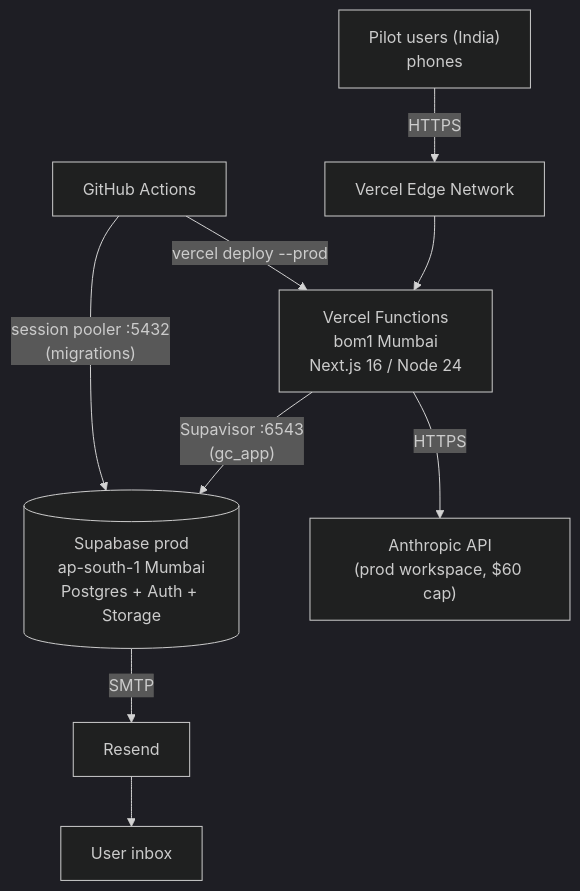
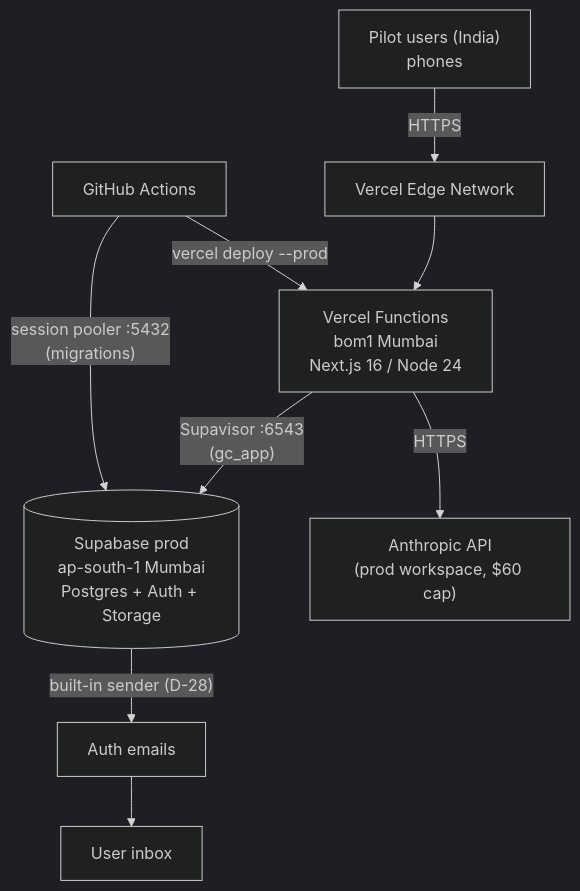
Before and after one commit to dbaid-code/fitness-coach: the seventh of 8 diagrams in docs/engineering/engineering-doc.md, drawn with Mermaid (dark theme). The commit also changed other lines of this file, not shown here.

````diff
--- a/docs/engineering/engineering-doc.md
+++ b/docs/engineering/engineering-doc.md
@@ -3137,11 +3146,11 @@
 ```mermaid
 flowchart TB
     U["Pilot users (India)<br/>phones"] -->|HTTPS| VE["Vercel Edge Network"]
     VE --> VF["Vercel Functions<br/>bom1 Mumbai<br/>Next.js 16 / Node 24"]
     VF -->|"Supavisor :6543<br/>(gc_app)"| SP[("Supabase prod<br/>ap-south-1 Mumbai<br/>Postgres + Auth + Storage")]
     VF -->|HTTPS| AN["Anthropic API<br/>(prod workspace, $60 cap)"]
-    SP -->|SMTP| RS["Resend"]
+    SP -->|"built-in sender (D-28)"| RS["Auth emails"]
     RS --> M["User inbox"]
     GH["GitHub Actions"] -->|"session pooler :5432<br/>(migrations)"| SP
     GH -->|"vercel deploy --prod"| VF
 ```
````
